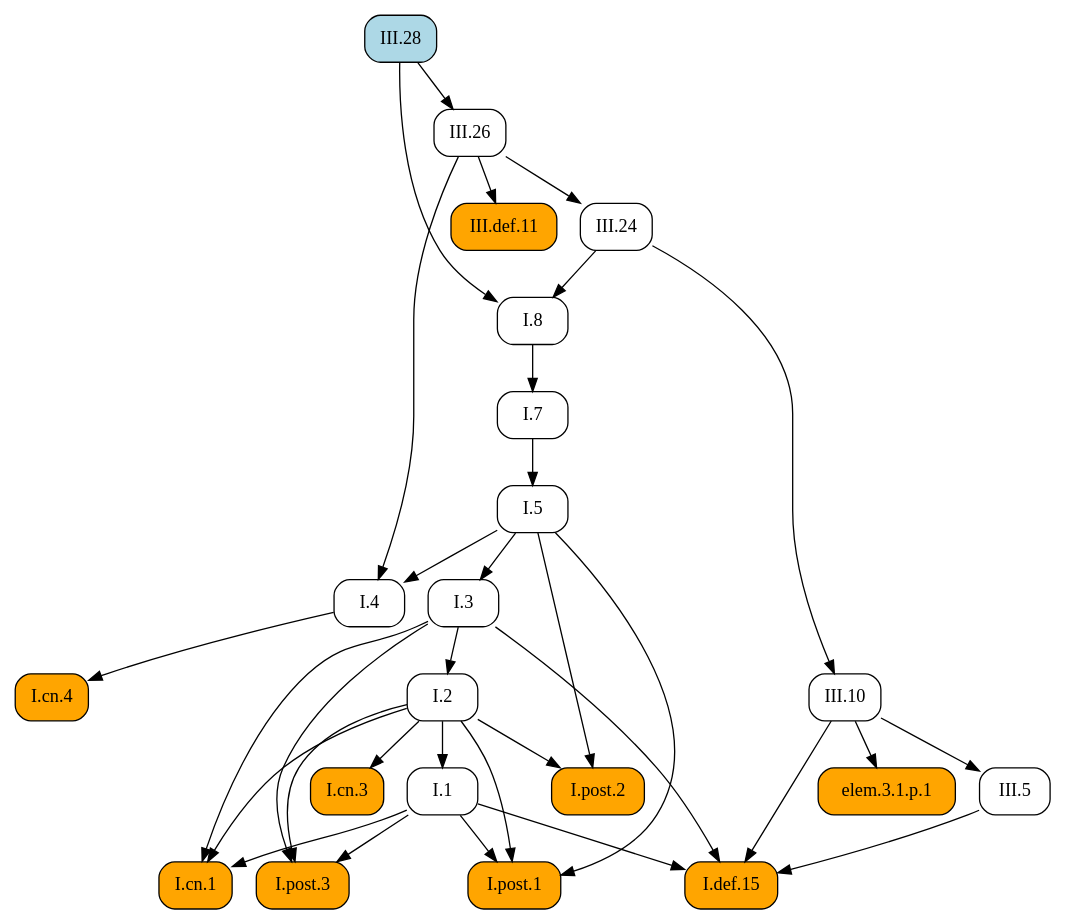
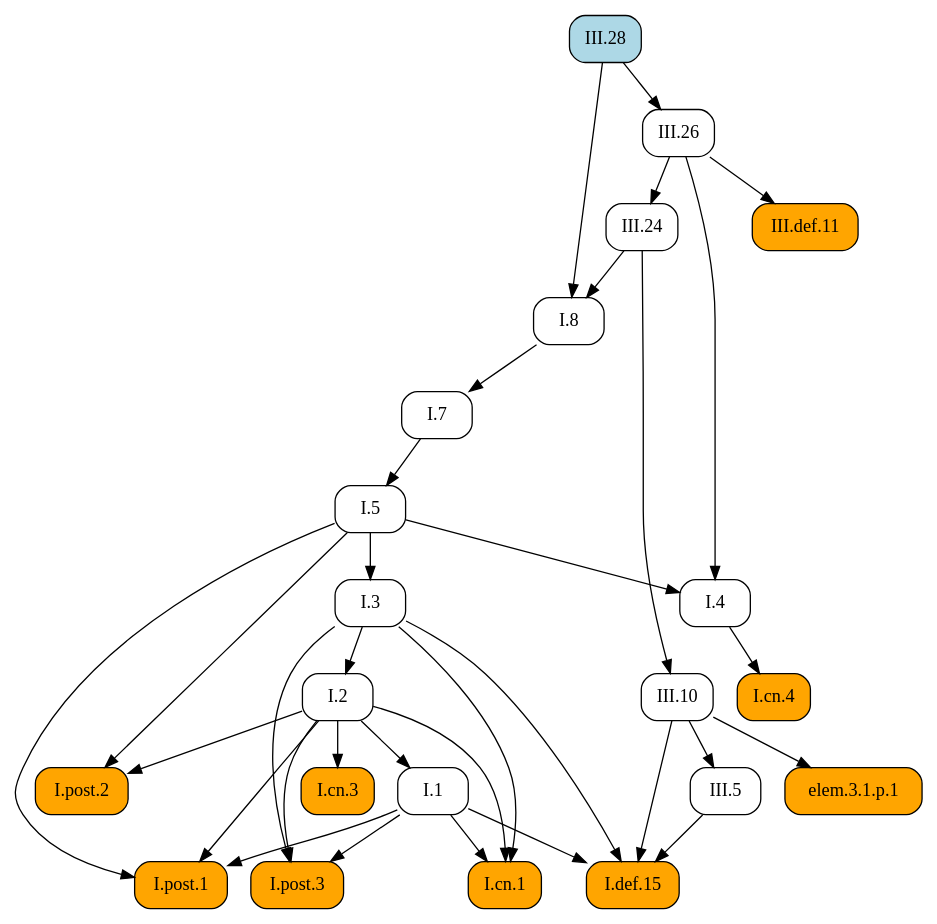
The diagram in docsrc/elements2/III/28/index.rst (geometor/elements), drawn with Graphviz before and after one commit. The commit also changed other lines of this file and 409 other files, not shown here.

First line of the commit message:
feat: Add image cropping and graphic extraction script

```diff
--- a/docsrc/elements2/III/28/index.rst
+++ b/docsrc/elements2/III/28/index.rst
@@ -56,59 +56,59 @@
 .. graphviz::
 
    digraph {
      rankdir="TB";
      node [shape=box, style=rounded];
+     "I.def.15" [style="rounded,filled", fillcolor=orange, URL="/elements2/I/def.15/", target="_top"];
      "I.8" [URL="/elements2/I/8/", target="_top"];
+     "III.5" [URL="/elements2/III/5/", target="_top"];
+     "I.5" [URL="/elements2/I/5/", target="_top"];
+     "I.3" [URL="/elements2/I/3/", target="_top"];
+     "I.cn.3" [style="rounded,filled", fillcolor=orange, URL="/elements2/I/cn.3/", target="_top"];
+     "I.cn.1" [style="rounded,filled", fillcolor=orange, URL="/elements2/I/cn.1/", target="_top"];
+     "III.24" [URL="/elements2/III/24/", target="_top"];
+     "I.post.3" [style="rounded,filled", fillcolor=orange, URL="/elements2/I/post.3/", target="_top"];
+     "I.4" [URL="/elements2/I/4/", target="_top"];
+     "I.7" [URL="/elements2/I/7/", target="_top"];
      "III.28" [style="rounded,filled", fillcolor=lightblue, URL="/elements2/III/28/", target="_top"];
-     "I.1" [URL="/elements2/I/1/", target="_top"];
-     "I.cn.4" [style="rounded,filled", fillcolor=orange, URL="/elements2/I/cn.4/", target="_top"];
-     "I.cn.3" [style="rounded,filled", fillcolor=orange, URL="/elements2/I/cn.3/", target="_top"];
-     "III.5" [URL="/elements2/III/5/", target="_top"];
-     "I.7" [URL="/elements2/I/7/", target="_top"];
+     "elem.3.1.p.1" [style="rounded,filled", fillcolor=orange];
      "III.26" [URL="/elements2/III/26/", target="_top"];
      "I.post.1" [style="rounded,filled", fillcolor=orange, URL="/elements2/I/post.1/", target="_top"];
-     "elem.3.1.p.1" [style="rounded,filled", fillcolor=orange];
-     "I.5" [URL="/elements2/I/5/", target="_top"];
-     "I.cn.1" [style="rounded,filled", fillcolor=orange, URL="/elements2/I/cn.1/", target="_top"];
+     "III.10" [URL="/elements2/III/10/", target="_top"];
      "I.2" [URL="/elements2/I/2/", target="_top"];
-     "I.def.15" [style="rounded,filled", fillcolor=orange, URL="/elements2/I/def.15/", target="_top"];
-     "I.4" [URL="/elements2/I/4/", target="_top"];
      "III.def.11" [style="rounded,filled", fillcolor=orange, URL="/elements2/III/def.11/", target="_top"];
-     "III.24" [URL="/elements2/III/24/", target="_top"];
-     "III.10" [URL="/elements2/III/10/", target="_top"];
-     "I.3" [URL="/elements2/I/3/", target="_top"];
+     "I.cn.4" [style="rounded,filled", fillcolor=orange, URL="/elements2/I/cn.4/", target="_top"];
+     "I.1" [URL="/elements2/I/1/", target="_top"];
      "I.post.2" [style="rounded,filled", fillcolor=orange, URL="/elements2/I/post.2/", target="_top"];
-     "I.post.3" [style="rounded,filled", fillcolor=orange, URL="/elements2/I/post.3/", target="_top"];
+     "I.1" -> "I.def.15";
+     "I.3" -> "I.def.15";
+     "III.5" -> "I.def.15";
+     "III.10" -> "I.def.15";
      "III.24" -> "I.8";
      "III.28" -> "I.8";
-     "I.2" -> "I.1";
-     "I.4" -> "I.cn.4";
+     "III.10" -> "III.5";
+     "I.7" -> "I.5";
+     "I.5" -> "I.3";
      "I.2" -> "I.cn.3";
-     "III.10" -> "III.5";
+     "I.1" -> "I.cn.1";
+     "I.2" -> "I.cn.1";
+     "I.3" -> "I.cn.1";
+     "III.26" -> "III.24";
+     "I.1" -> "I.post.3";
+     "I.2" -> "I.post.3";
+     "I.3" -> "I.post.3";
+     "I.5" -> "I.4";
+     "III.26" -> "I.4";
      "I.8" -> "I.7";
+     "III.10" -> "elem.3.1.p.1";
      "III.28" -> "III.26";
      "I.1" -> "I.post.1";
      "I.2" -> "I.post.1";
      "I.5" -> "I.post.1";
-     "III.10" -> "elem.3.1.p.1";
-     "I.7" -> "I.5";
-     "I.1" -> "I.cn.1";
-     "I.2" -> "I.cn.1";
-     "I.3" -> "I.cn.1";
+     "III.24" -> "III.10";
      "I.3" -> "I.2";
-     "I.1" -> "I.def.15";
-     "I.3" -> "I.def.15";
-     "III.5" -> "I.def.15";
-     "III.10" -> "I.def.15";
-     "I.5" -> "I.4";
-     "III.26" -> "I.4";
      "III.26" -> "III.def.11";
-     "III.26" -> "III.24";
-     "III.24" -> "III.10";
-     "I.5" -> "I.3";
+     "I.4" -> "I.cn.4";
+     "I.2" -> "I.1";
      "I.2" -> "I.post.2";
      "I.5" -> "I.post.2";
-     "I.1" -> "I.post.3";
-     "I.2" -> "I.post.3";
-     "I.3" -> "I.post.3";
    }
```
